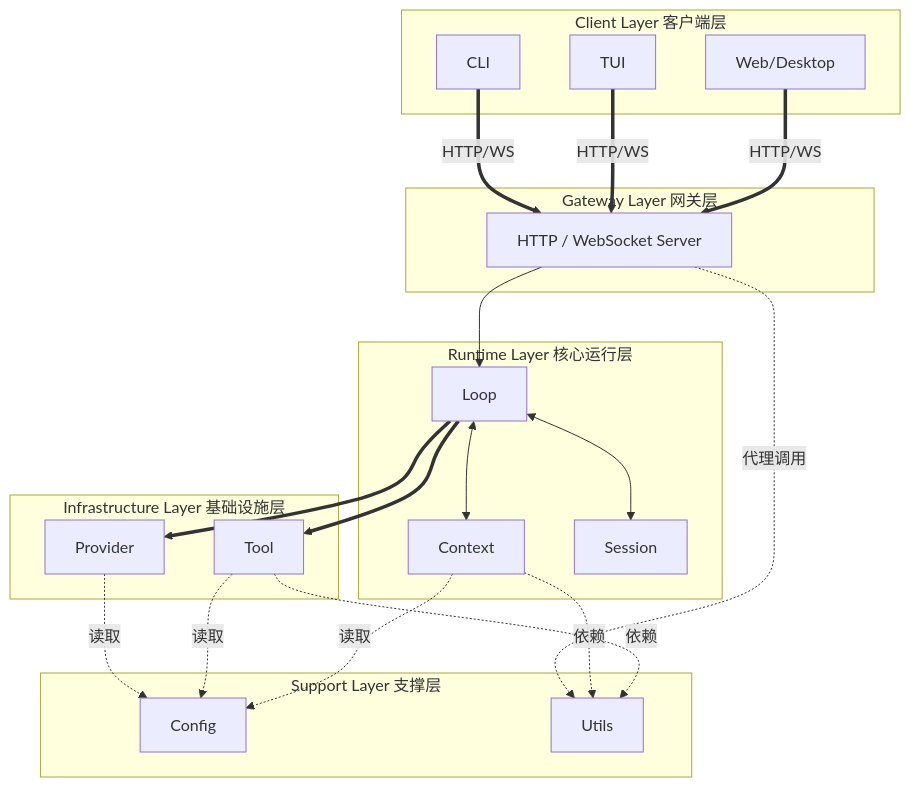
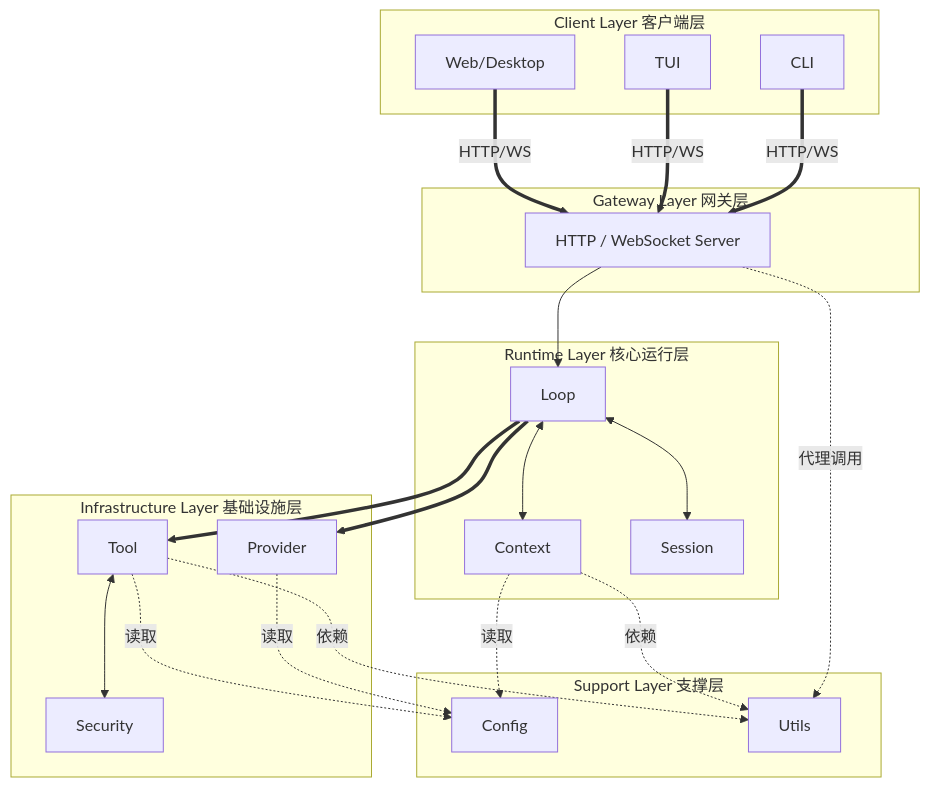
The diagram in docs/architecture/README.md (pionxe/neo-code), drawn with Mermaid before and after one commit. The commit also changed other lines of this file and 4 other files, not shown here.

Commit message:
docs(architecture): 补齐 tools 与 security 分层设计

````diff
--- a/docs/architecture/README.md
+++ b/docs/architecture/README.md
@@ -40,47 +40,49 @@
 ```mermaid
 graph TD
     subgraph "Client Layer 客户端层"
         CLI["CLI"]
         TUI["TUI"]
         WEB["Web/Desktop"]
     end
 
     subgraph "Gateway Layer 网关层"
         GW["HTTP / WebSocket Server"]
     end
 
     subgraph "Runtime Layer 核心运行层"
         LOOP["Loop"]
         CTX["Context"]
         SESS["Session"]
     end
 
     subgraph "Infrastructure Layer 基础设施层"
         PROV["Provider"]
         TOOL["Tool"]
+        SEC["Security"]
     end
 
     subgraph "Support Layer 支撑层"
         CONF["Config"]
         UTIL["Utils"]
     end
 
     CLI == "HTTP/WS" ==> GW
     TUI == "HTTP/WS" ==> GW
     WEB == "HTTP/WS" ==> GW
 
     GW --> LOOP
     GW -. "代理调用" .-> UTIL
 
     LOOP <--> CTX
     LOOP <--> SESS
     LOOP ==> PROV
     LOOP ==> TOOL
+    TOOL <--> SEC
 
     CTX -. "依赖" .-> UTIL
     TOOL -. "依赖" .-> UTIL
 
     PROV -. "读取" .-> CONF
     TOOL -. "读取" .-> CONF
     CTX -. "读取" .-> CONF
 ```
````
